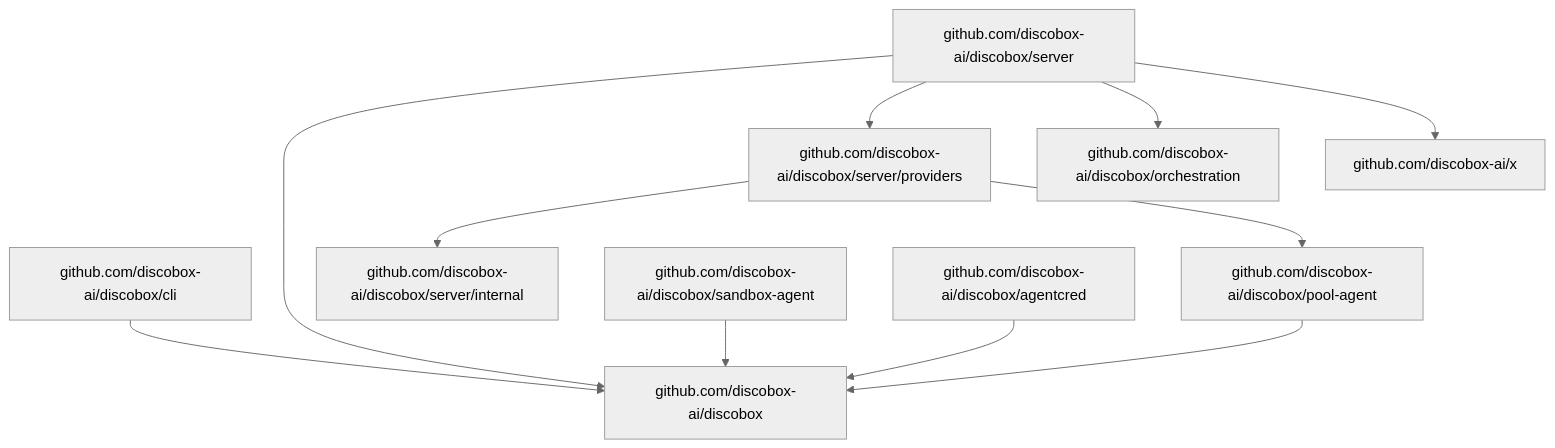
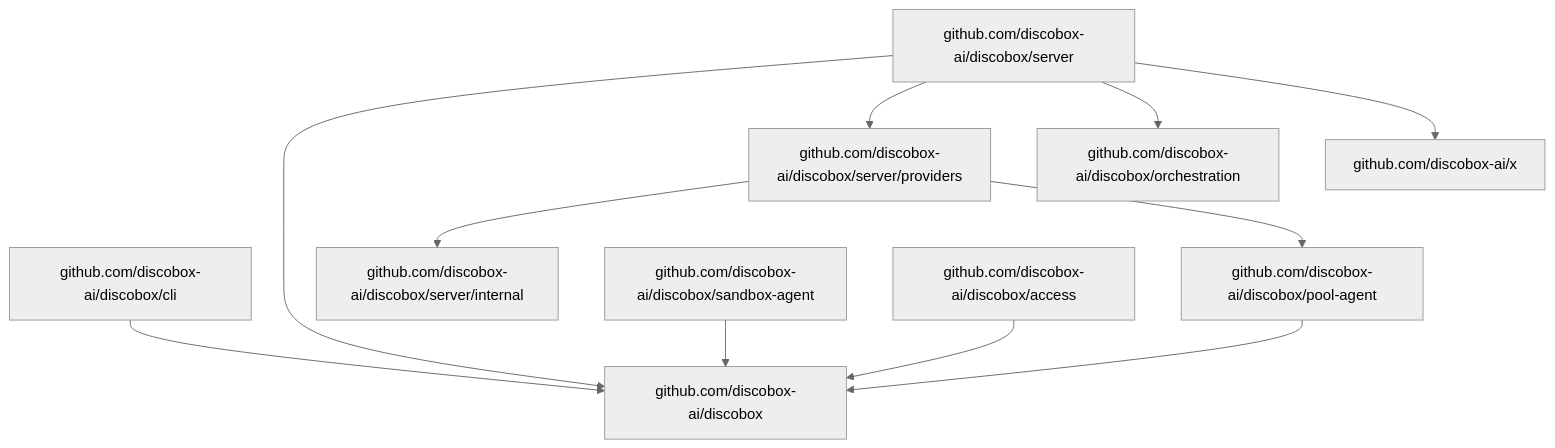
Before and after one commit to discobox-ai/discobox: the second of 4 diagrams in DESIGN.md, drawn with Mermaid (neutral theme). The commit also changed other lines of this file and 73 other files, not shown here.

````diff
--- a/DESIGN.md
+++ b/DESIGN.md
@@ -83,13 +83,13 @@
 ```mermaid
 flowchart TD
     cli["github.com/discobox-ai/discobox/cli"] --> root["github.com/discobox-ai/discobox"]
     server["github.com/discobox-ai/discobox/server"] --> root
     server --> providers["github.com/discobox-ai/discobox/server/providers"]
     server --> orchestration["github.com/discobox-ai/discobox/orchestration"]
     server --> x["github.com/discobox-ai/x"]
     providers --> serverInternal["github.com/discobox-ai/discobox/server/internal"]
     providers --> poolAgent["github.com/discobox-ai/discobox/pool-agent"]
     poolAgent --> root
     sandboxAgent["github.com/discobox-ai/discobox/sandbox-agent"] --> root
-    agentCred["github.com/discobox-ai/discobox/agentcred"] --> root
+    agentCred["github.com/discobox-ai/discobox/access"] --> root
 ```
````
